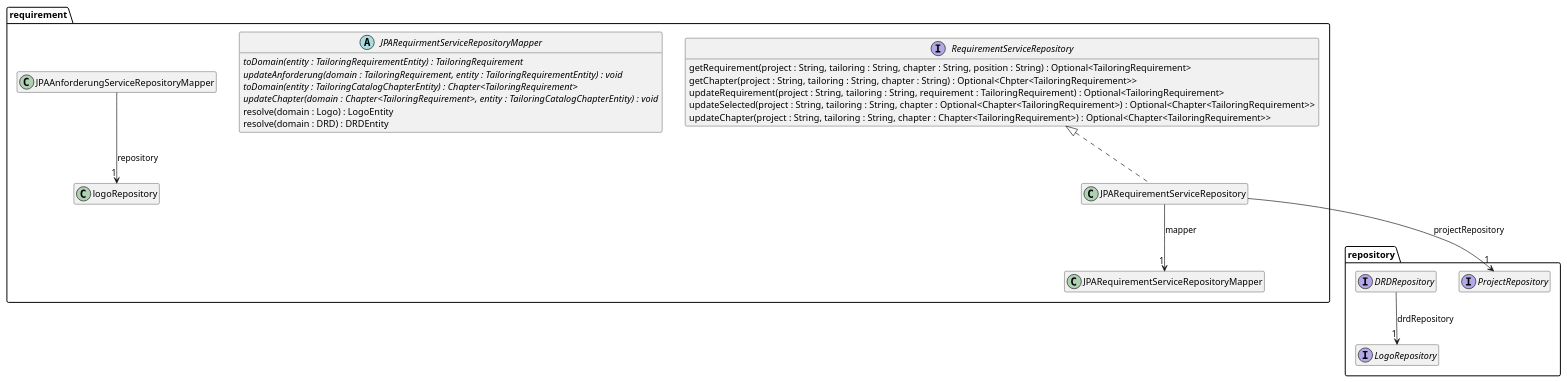
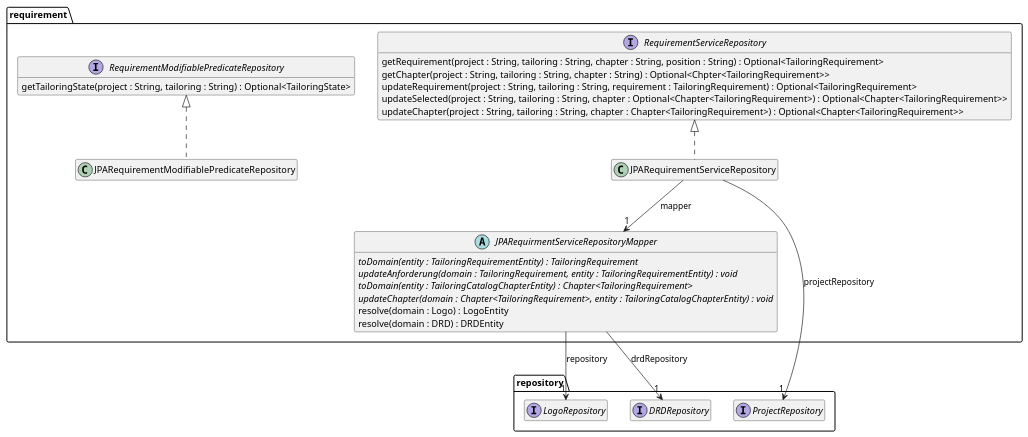
The diagram in src/site/arc42/plantuml/data-jpa/requirement/Ebene3.plantuml (tailoringexpert/platform), drawn with PlantUML before and after one commit. The commit also changed 36 other files, not shown here.

```diff
--- a/src/site/arc42/plantuml/data-jpa/requirement/Ebene3.plantuml
+++ b/src/site/arc42/plantuml/data-jpa/requirement/Ebene3.plantuml
@@ -1,38 +1,47 @@
 @startuml Ebene3.png
 hide empty members
 
 package repository {
     interface ProjectRepository
     interface LogoRepository
     interface DRDRepository
 }
 
 package requirement {
     interface RequirementServiceRepository {
         getRequirement(project : String, tailoring : String, chapter : String, position : String) : Optional<TailoringRequirement>
         getChapter(project : String, tailoring : String, chapter : String) : Optional<Chpter<TailoringRequirement>>
         updateRequirement(project : String, tailoring : String, requirement : TailoringRequirement) : Optional<TailoringRequirement>
         updateSelected(project : String, tailoring : String, chapter : Optional<Chapter<TailoringRequirement>) : Optional<Chapter<TailoringRequirement>>
         updateChapter(project : String, tailoring : String, chapter : Chapter<TailoringRequirement>) : Optional<Chapter<TailoringRequirement>>
     }
 
     abstract class JPARequirmentServiceRepositoryMapper {
         {abstract} toDomain(entity : TailoringRequirementEntity) : TailoringRequirement
         {abstract} updateAnforderung(domain : TailoringRequirement, entity : TailoringRequirementEntity) : void
         {abstract} toDomain(entity : TailoringCatalogChapterEntity) : Chapter<TailoringRequirement>
         {abstract} updateChapter(domain : Chapter<TailoringRequirement>, entity : TailoringCatalogChapterEntity) : void
         resolve(domain : Logo) : LogoEntity
         resolve(domain : DRD) : DRDEntity
     }
-    JPAAnforderungServiceRepositoryMapper --> "1" logoRepository : repository
-    DRDRepository --> "1" LogoRepository : drdRepository
+    JPARequirmentServiceRepositoryMapper --> "1" LogoRepository : repository
+    JPARequirmentServiceRepositoryMapper --> "1" DRDRepository : drdRepository
 
     class JPARequirementServiceRepository {
     }
 
     RequirementServiceRepository <|.. JPARequirementServiceRepository
-    JPARequirementServiceRepository --> "1" JPARequirementServiceRepositoryMapper : mapper
+    JPARequirementServiceRepository --> "1" JPARequirmentServiceRepositoryMapper : mapper
     JPARequirementServiceRepository --> "1" ProjectRepository : projectRepository
+
+    interface RequirementModifiablePredicateRepository {
+        getTailoringState(project : String, tailoring : String) : Optional<TailoringState>
+    }
+    class JPARequirementModifiablePredicateRepository {
+    }
+    RequirementModifiablePredicateRepository <|.. JPARequirementModifiablePredicateRepository
+
+
 }
 
 @enduml
```
